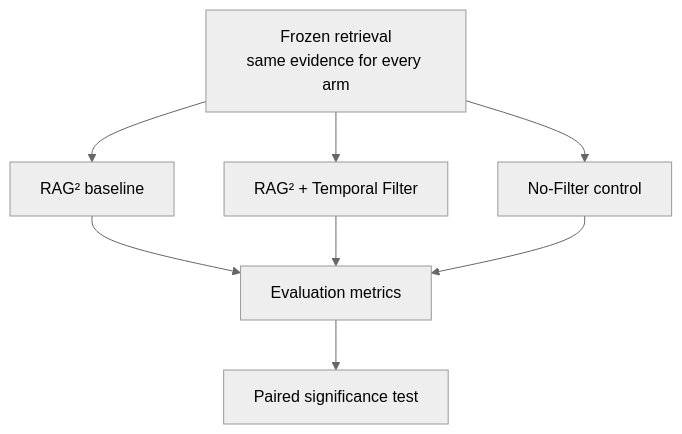
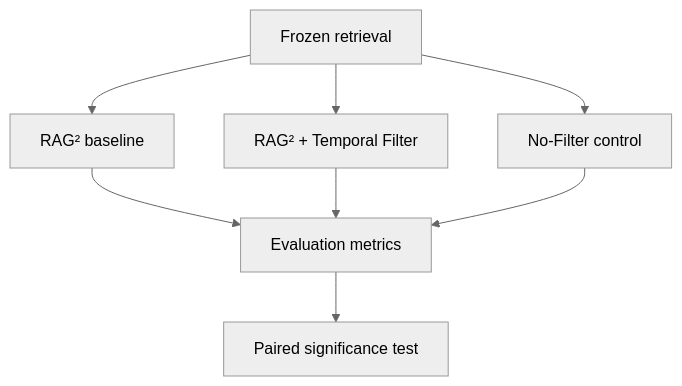
Before and after one commit to MahwishZa/thesis_research: the diagram in README.md, drawn with Mermaid (neutral theme). The commit also changed other lines of this file, not shown here.

````diff
--- a/README.md
+++ b/README.md
@@ -57,11 +57,11 @@
 ```mermaid
 flowchart TD
-    R[Frozen retrieval<br/>same evidence for every arm]
+    R[Frozen retrieval]
     R --> A1[RAG² baseline]
     R --> A2[RAG² + Temporal Filter]
     R --> A3[No-Filter control]
     A1 --> E[Evaluation metrics]
     A2 --> E
     A3 --> E
     E --> S[Paired significance test]
 ```
````
